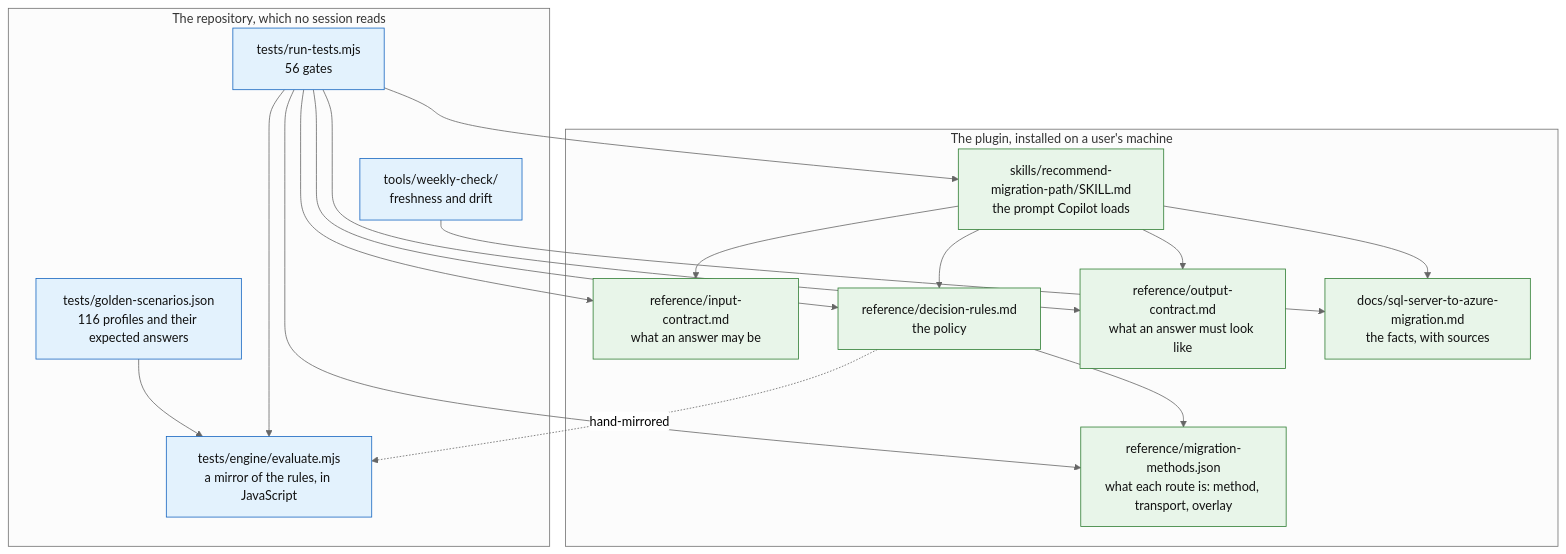
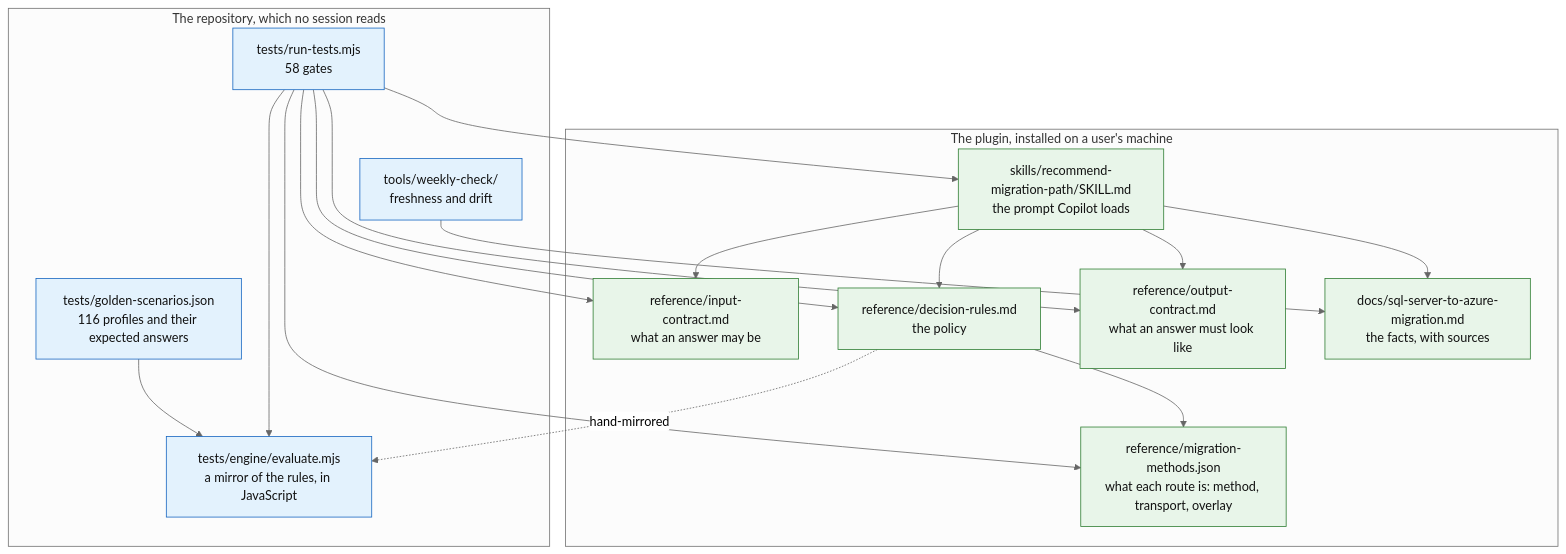
The first of 3 diagrams in docs/ARCHITECTURE.md (fredgis/sql-migration-advisor), drawn with Mermaid (neutral theme) before and after one commit. The commit also changed other lines of this file and 21 other files, not shown here.

````diff
--- a/docs/ARCHITECTURE.md
+++ b/docs/ARCHITECTURE.md
@@ -28,38 +28,38 @@
 ```mermaid
 flowchart TD
     subgraph plugin["The plugin, installed on a user's machine"]
       SK["skills/recommend-migration-path/SKILL.md<br/>the prompt Copilot loads"]
       IC["reference/input-contract.md<br/>what an answer may be"]
       DR["reference/decision-rules.md<br/>the policy"]
       OC["reference/output-contract.md<br/>what an answer must look like"]
       MM["reference/migration-methods.json<br/>what each route is: method, transport, overlay"]
       KB["docs/sql-server-to-azure-migration.md<br/>the facts, with sources"]
     end
 
     subgraph repo["The repository, which no session reads"]
       EN["tests/engine/evaluate.mjs<br/>a mirror of the rules, in JavaScript"]
       GS["tests/golden-scenarios.json<br/>116 profiles and their expected answers"]
-      GA["tests/run-tests.mjs<br/>56 gates"]
+      GA["tests/run-tests.mjs<br/>58 gates"]
       WK["tools/weekly-check/<br/>freshness and drift"]
     end
 
     SK --> IC
     SK --> DR
     SK --> OC
     SK --> KB
     DR --> MM
     DR -.->|hand-mirrored| EN
     GS --> EN
     GA --> EN
     GA --> SK
     GA --> IC
     GA --> DR
     GA --> OC
     GA --> MM
     WK --> KB
 
     classDef live fill:#e8f5e9,stroke:#2e7d32,color:#111
     classDef test fill:#e3f2fd,stroke:#1565c0,color:#111
     class SK,IC,DR,OC,KB,MM live
     class EN,GS,GA,WK test
 ```
````
